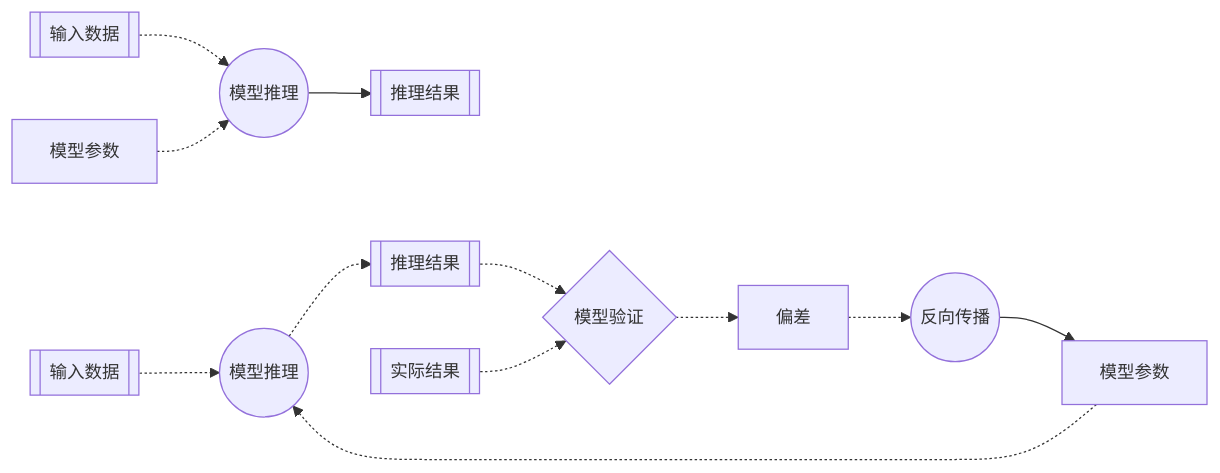
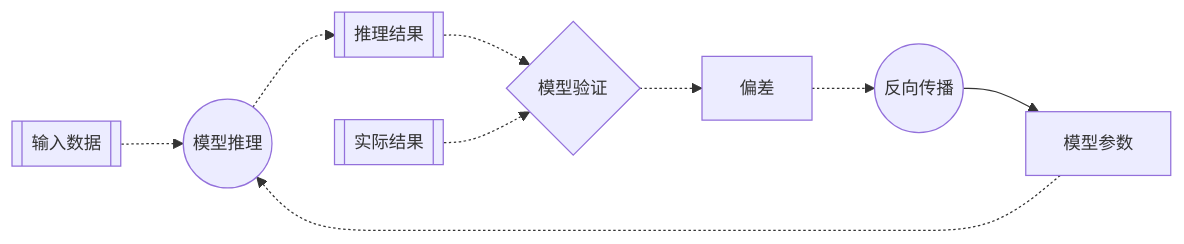
Before and after one commit to li-xiao-guang/teenytinynn: the second of 3 diagrams in edu/01-learn-neural-networks-from-scratch/md/01-artificial-neural-networks/02-损失函数：用均方差验证模型.md, drawn with Mermaid. The commit also changed other lines of this file and 8 other files, not shown here.

````diff
--- a/edu/01-learn-neural-networks-from-scratch/md/01-artificial-neural-networks/02-损失函数：用均方差验证模型.md
+++ b/edu/01-learn-neural-networks-from-scratch/md/01-artificial-neural-networks/02-损失函数：用均方差验证模型.md
@@ -8,9 +17,7 @@
 ```mermaid
 %%{init: { "themeVariables": { "fontSize": "14px" } } }%%
 graph LR
-    p_x[[输入数据]] -.-> p_model((模型推理)) --> p_p[[推理结果]]
-    p_w[模型参数] -.-> p_model
-    t_x[[输入数据]] -.-> t_model((模型推理))
-    t_w[模型参数] -.-> t_model -.-> t_p[[推理结果]] -.-> t_loss{模型验证} -.-> t_e[偏差] -.-> t_backward((反向传播)) --> t_w
-    t_y[[实际结果]] -.-> t_loss
+    x[[输入数据]] -.-> model((模型推理))
+    w[模型参数] -.-> model -.-> t_p[[推理结果]] -.-> loss{模型验证} -.-> e[偏差] -.-> backward((反向传播)) --> w
+    y[[实际结果]] -.-> loss
 ```
````
